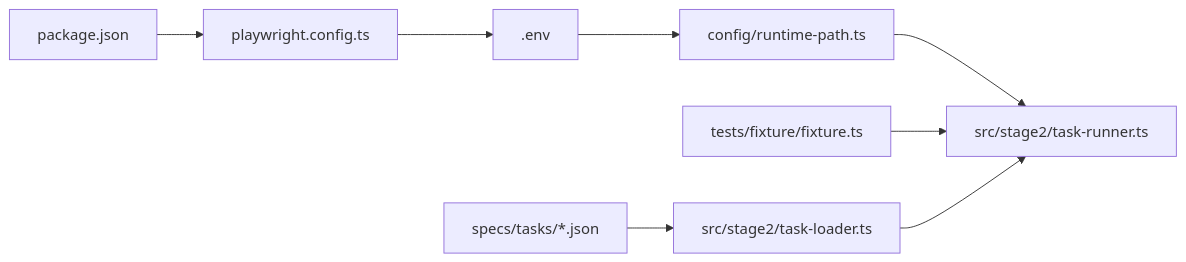
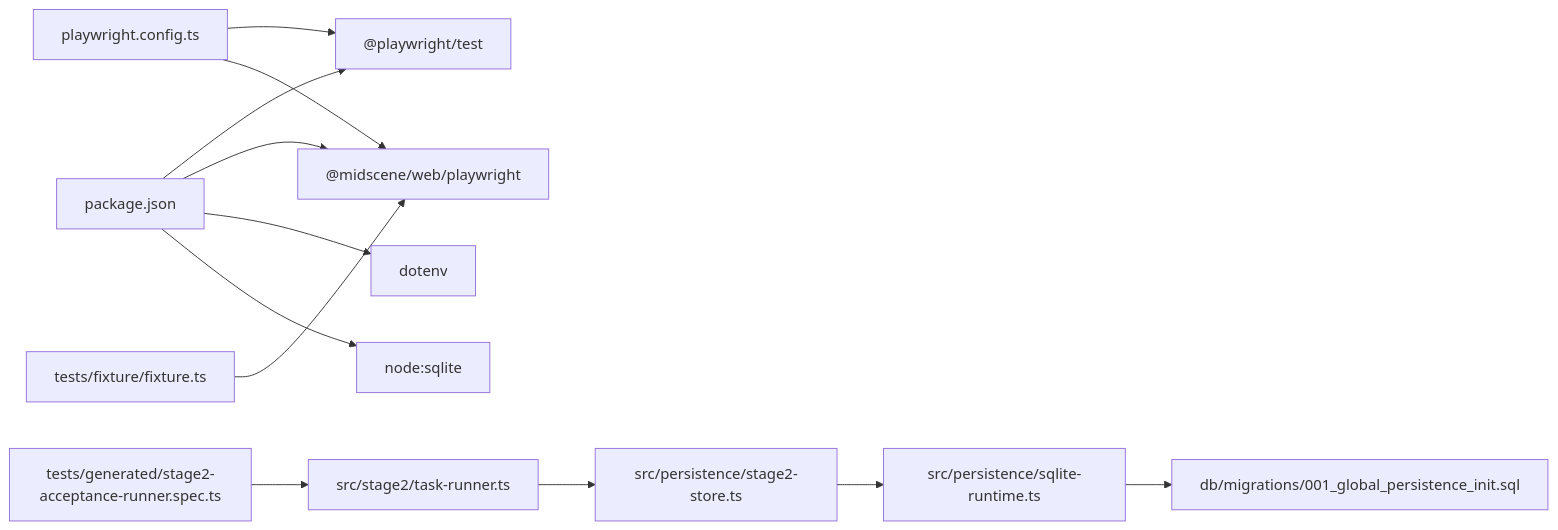
The sixth of 6 diagrams in .qoder/repowiki/zh/content/项目概述.md (Jiane-EJ/playwright-mind), drawn with Mermaid before and after one commit. The commit also changed other lines of this file and 121 other files, not shown here.

````diff
--- a/.qoder/repowiki/zh/content/项目概述.md
+++ b/.qoder/repowiki/zh/content/项目概述.md
@@ -287,10 +304,14 @@
 ```mermaid
 graph LR
-PKG["package.json"] --> PCFG["playwright.config.ts"]
-PCFG --> ENV[".env"]
-ENV --> CFG["config/runtime-path.ts"]
-CFG --> TR["src/stage2/task-runner.ts"]
-FIX["tests/fixture/fixture.ts"] --> TR
-TL["src/stage2/task-loader.ts"] --> TR
-SPEC["specs/tasks/*.json"] --> TL
+PKG["package.json"] --> PW["@playwright/test"]
+PKG --> MS["@midscene/web/playwright"]
+PKG --> DOT["dotenv"]
+PKG --> NODESQL["node:sqlite"]
+CFG["playwright.config.ts"] --> PW
+CFG --> MS
+FIX["tests/fixture/fixture.ts"] --> MS
+SPEC["tests/generated/stage2-acceptance-runner.spec.ts"] --> RUNNER["src/stage2/task-runner.ts"]
+RUNNER --> STORE["src/persistence/stage2-store.ts"]
+STORE --> SQLITE["src/persistence/sqlite-runtime.ts"]
+SQLITE --> MIG["db/migrations/001_global_persistence_init.sql"]
 ```
````
